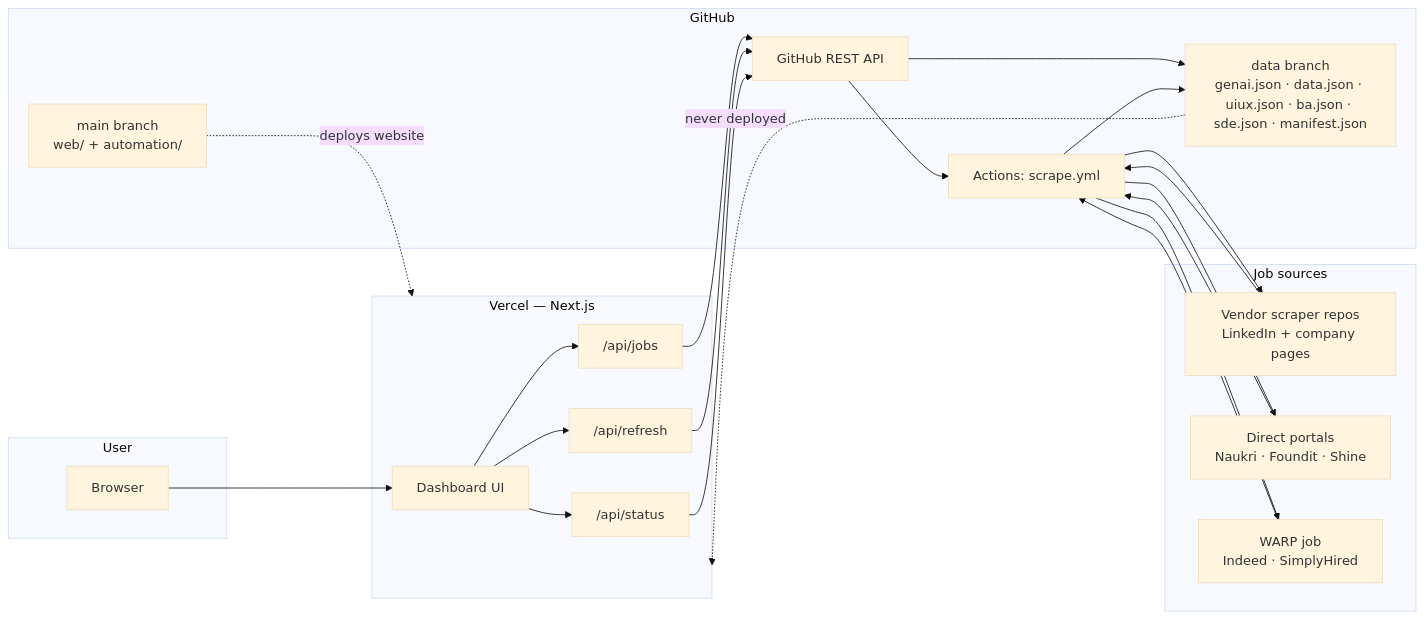
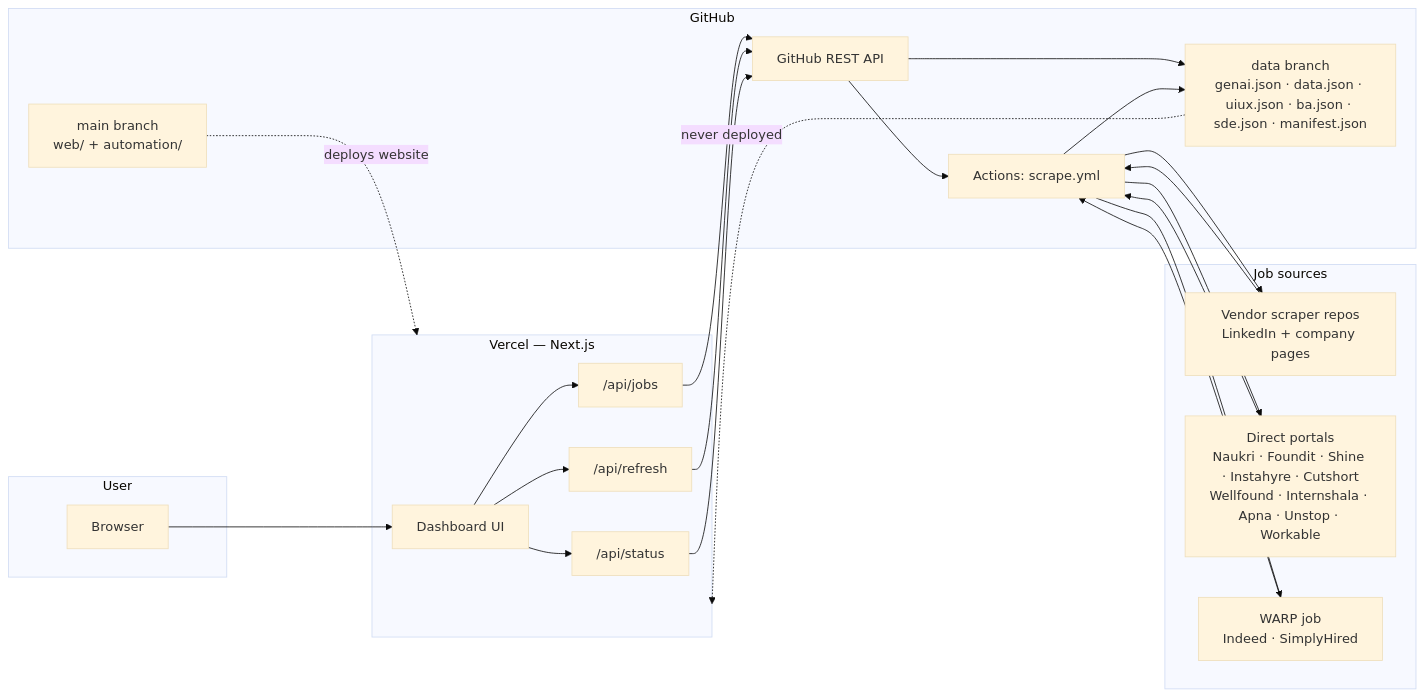
One commit to Dilip457/jobhunt-hub changed the first of 3 diagrams in docs/ARCHITECTURE.md. Above: the diagram before and after it, drawn with Mermaid (base theme). The commit also changed other lines of this file and 14 other files, not shown here.

First line of the commit message:
Add Instahyre, Cutshort, Internshala, Apna, Unstop and Workable

````diff
--- a/docs/ARCHITECTURE.md
+++ b/docs/ARCHITECTURE.md
@@ -64,45 +64,45 @@
 ```mermaid
 flowchart LR
     subgraph User["User"]
         B["Browser"]
     end
 
     subgraph Vercel["Vercel — Next.js"]
         UI["Dashboard UI"]
         JOBS["/api/jobs"]
         REFRESH["/api/refresh"]
         STATUS["/api/status"]
     end
 
     subgraph GitHub["GitHub"]
         API["GitHub REST API"]
         ACTIONS["Actions: scrape.yml"]
         DATA["data branch<br/>genai.json · data.json · uiux.json · ba.json · sde.json · manifest.json"]
         MAIN["main branch<br/>web/ + automation/"]
     end
 
     subgraph Sources["Job sources"]
         VENDOR["Vendor scraper repos<br/>LinkedIn + company pages"]
-        PORTALS["Direct portals<br/>Naukri · Foundit · Shine"]
+        PORTALS["Direct portals<br/>Naukri · Foundit · Shine · Instahyre · Cutshort<br/>Wellfound · Internshala · Apna · Unstop · Workable"]
         WARP["WARP job<br/>Indeed · SimplyHired"]
     end
 
     B --> UI
     UI --> JOBS
     UI --> REFRESH
     UI --> STATUS
     JOBS --> API
     API --> DATA
     REFRESH --> API
     API --> ACTIONS
     STATUS --> API
     ACTIONS --> VENDOR
     ACTIONS --> PORTALS
     ACTIONS --> WARP
     VENDOR --> ACTIONS
     PORTALS --> ACTIONS
     WARP --> ACTIONS
     ACTIONS --> DATA
     MAIN -. "deploys website" .-> Vercel
     DATA -. "never deployed" .-> Vercel
 ```
````
